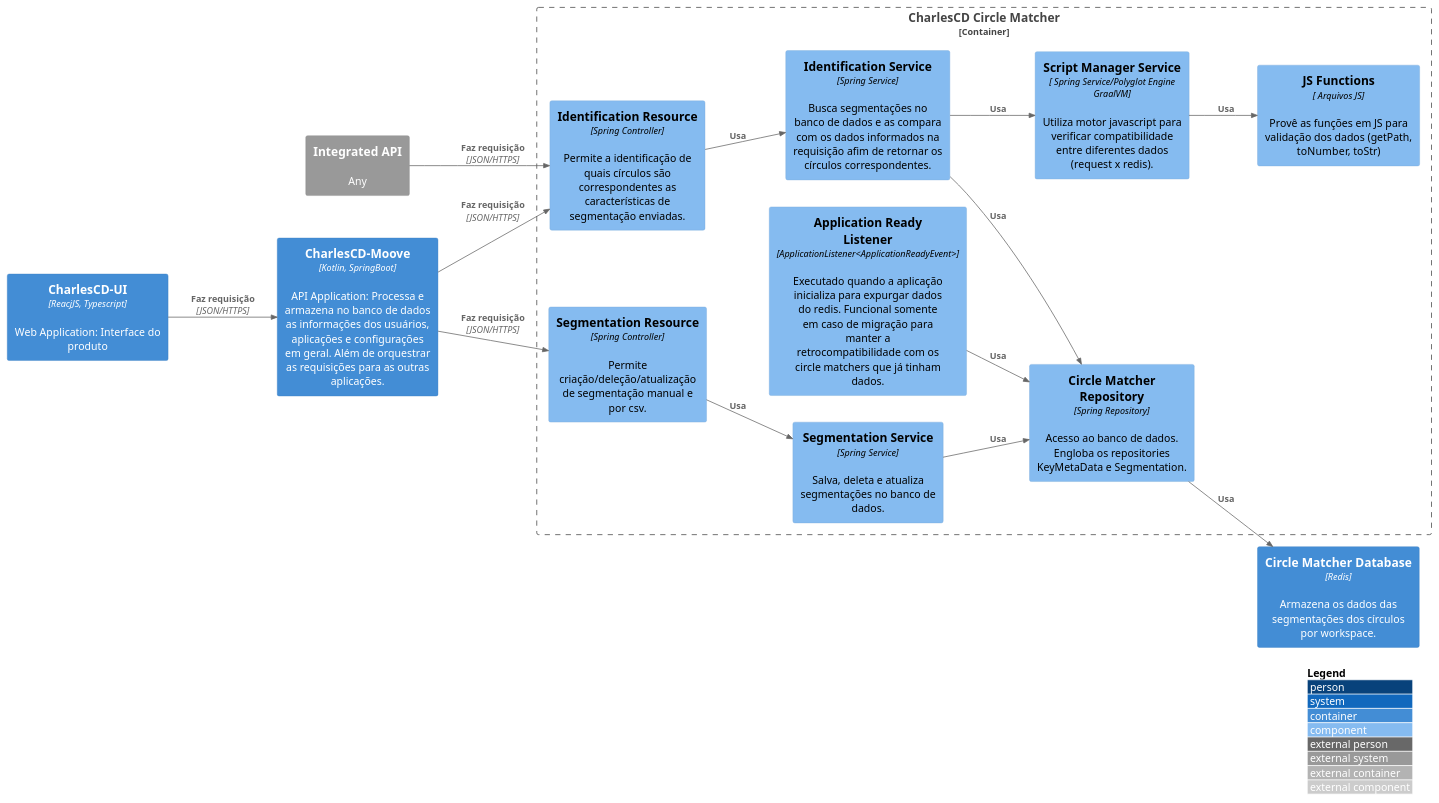
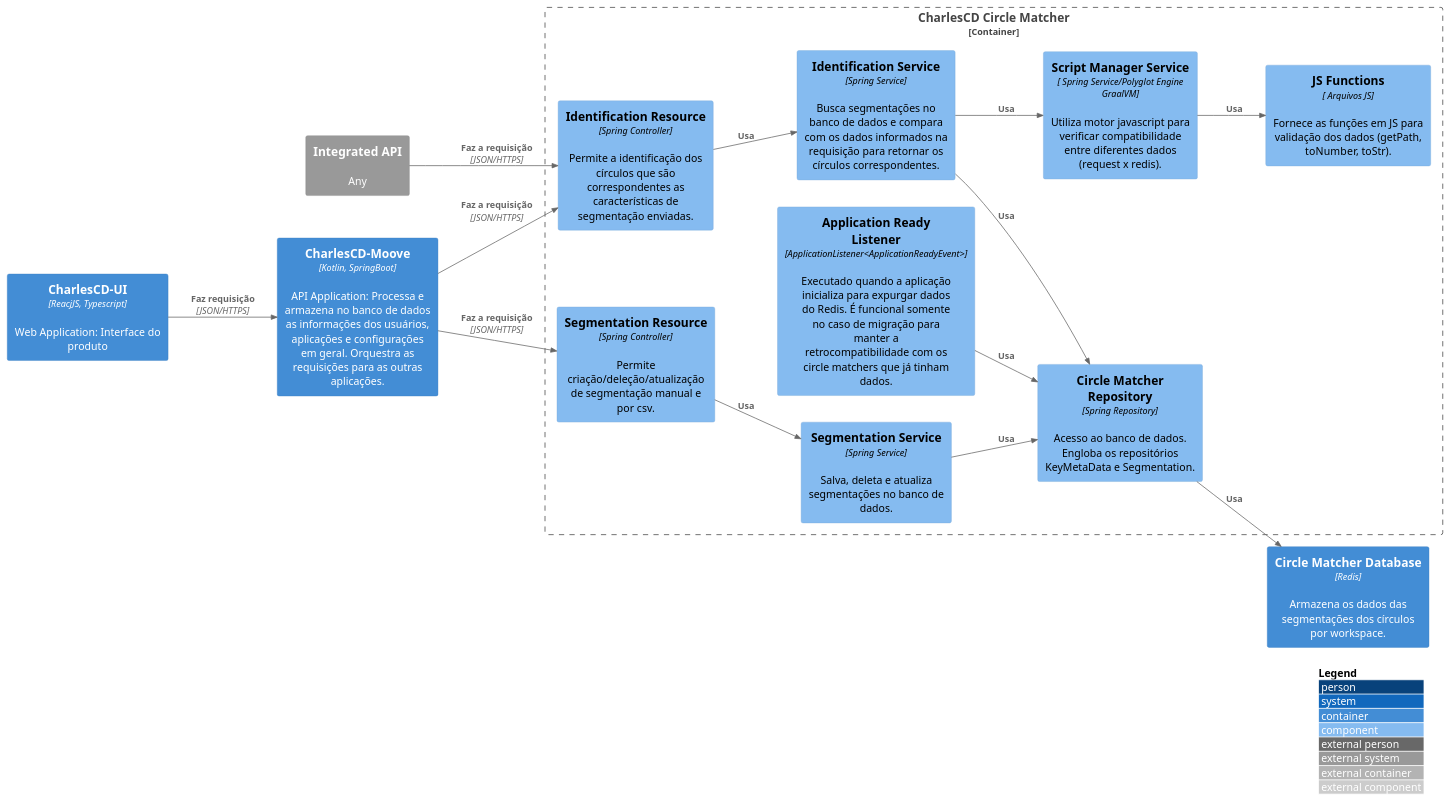
One commit to ZupIT/charlescd-c4model changed the diagram in pt-br/src/C3 -  Component/Circle-Matcher/c3.puml. Above: the diagram before and after it, drawn with PlantUML. The commit also changed 19 other files, not shown here.

```diff
--- a/pt-br/src/C3 -  Component/Circle-Matcher/c3.puml
+++ b/pt-br/src/C3 -  Component/Circle-Matcher/c3.puml
@@ -1,46 +1,46 @@
 @startuml c2
 !include https://raw.githubusercontent.com/adrianvlupu/C4-PlantUML/latest/C4_Component.puml
 
 LAYOUT_WITH_LEGEND()
 LAYOUT_LEFT_RIGHT()
-
+ 
 Container(ui, "CharlesCD-UI", "ReacjJS, Typescript", "Web Application: Interface do produto")
 Container(circle_matcher_database, "Circle Matcher Database", "Redis", "Armazena os dados das segmentações dos círculos por workspace.")
-Container(moove, "CharlesCD-Moove", "Kotlin, SpringBoot", "API Application: Processa e armazena no banco de dados as informações dos usuários, aplicações e configurações em geral. Além de orquestrar as requisições para as outras aplicações.")
+Container(moove, "CharlesCD-Moove", "Kotlin, SpringBoot", "API Application: Processa e armazena no banco de dados as informações dos usuários, aplicações e configurações em geral. Orquestra as requisições para as outras aplicações.")
 System_Ext(integrated_api, "Integrated API", "Any")
 
 
 Container_Boundary(charlescd_circle_matcher, "CharlesCD Circle Matcher"){
    
-    Component(circle_matcher_repository, "Circle Matcher Repository", "Spring Repository", "Acesso ao banco de dados. Engloba os repositories KeyMetaData e Segmentation.")
+    Component(circle_matcher_repository, "Circle Matcher Repository", "Spring Repository", "Acesso ao banco de dados. Engloba os repositórios KeyMetaData e Segmentation.")
 
-    Component(application_ready_listener, "Application Ready Listener", "ApplicationListener<ApplicationReadyEvent>", "Executado quando a aplicação inicializa para expurgar dados do redis. Funcional somente em caso de migração para manter a retrocompatibilidade com os circle matchers que já tinham dados.")
+    Component(application_ready_listener, "Application Ready Listener", "ApplicationListener<ApplicationReadyEvent>", "Executado quando a aplicação inicializa para expurgar dados do Redis. É funcional somente no caso de migração para manter a retrocompatibilidade com os circle matchers que já tinham dados.")
 
     Component(segmentation_resource, "Segmentation Resource", "Spring Controller", "Permite criação/deleção/atualização de segmentação manual e por csv.")
     Component(segmentation_service, "Segmentation Service", "Spring Service", "Salva, deleta e atualiza segmentações no banco de dados.")
     
     
-    Component(identification_resource, "Identification Resource", "Spring Controller", "Permite a identificação de quais círculos são correspondentes as características de segmentação enviadas.")
-    Component(identification_service, "Identification Service", "Spring Service", "Busca segmentações no banco de dados e as compara com os dados informados na requisição afim de retornar os círculos correspondentes.")
+    Component(identification_resource, "Identification Resource", "Spring Controller", "Permite a identificação dos círculos que são correspondentes as características de segmentação enviadas.")
+    Component(identification_service, "Identification Service", "Spring Service", "Busca segmentações no banco de dados e compara com os dados informados na requisição para retornar os círculos correspondentes.")
     Component(script_manager_service, "Script Manager Service", " Spring Service/Polyglot Engine GraalVM", "Utiliza motor javascript para verificar compatibilidade entre diferentes dados (request x redis).")
-    Component(js_functions, "JS Functions", " Arquivos JS", "Provê as funções em JS para validação dos dados (getPath, toNumber, toStr)")
+    Component(js_functions, "JS Functions", " Arquivos JS", "Fornece as funções em JS para validação dos dados (getPath, toNumber, toStr).")
     
     
     Rel(segmentation_resource, segmentation_service, "Usa")
     Rel(segmentation_service, circle_matcher_repository, "Usa")
     Rel(identification_resource, identification_service, "Usa")
     Rel(identification_service, circle_matcher_repository, "Usa")
     Rel(identification_service, script_manager_service, "Usa")
     Rel(script_manager_service, js_functions, "Usa")
     Rel(application_ready_listener, circle_matcher_repository, "Usa")
     Rel(circle_matcher_repository, circle_matcher_database, "Usa")
    
 }
 
-Rel(moove, segmentation_resource, "Faz requisição", "JSON/HTTPS")
-Rel(moove, identification_resource, "Faz requisição", "JSON/HTTPS")
+Rel(moove, segmentation_resource, "Faz a requisição", "JSON/HTTPS")
+Rel(moove, identification_resource, "Faz a requisição", "JSON/HTTPS")
 Rel(ui, moove, "Faz requisição", "JSON/HTTPS")
-Rel(integrated_api, identification_resource, "Faz requisição", "JSON/HTTPS")
+Rel(integrated_api, identification_resource, "Faz a requisição", "JSON/HTTPS")
 
 
 @enduml
```
